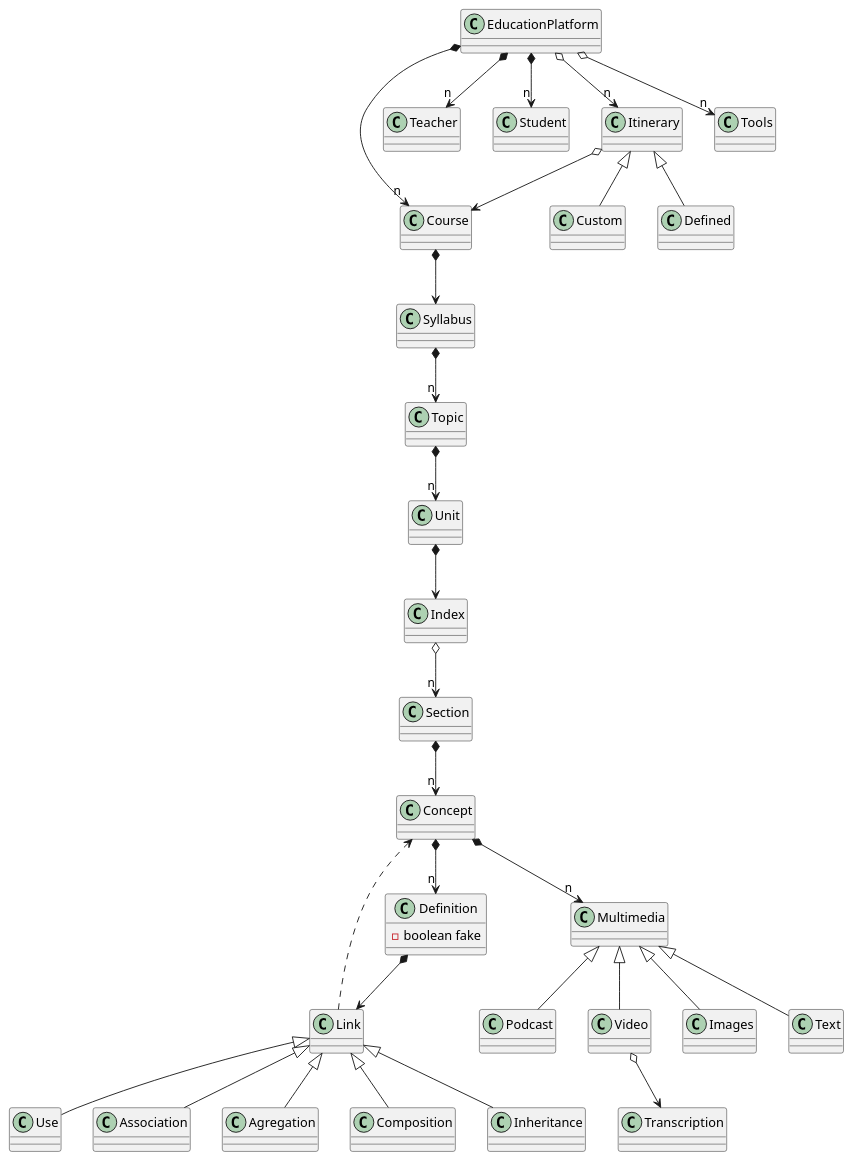
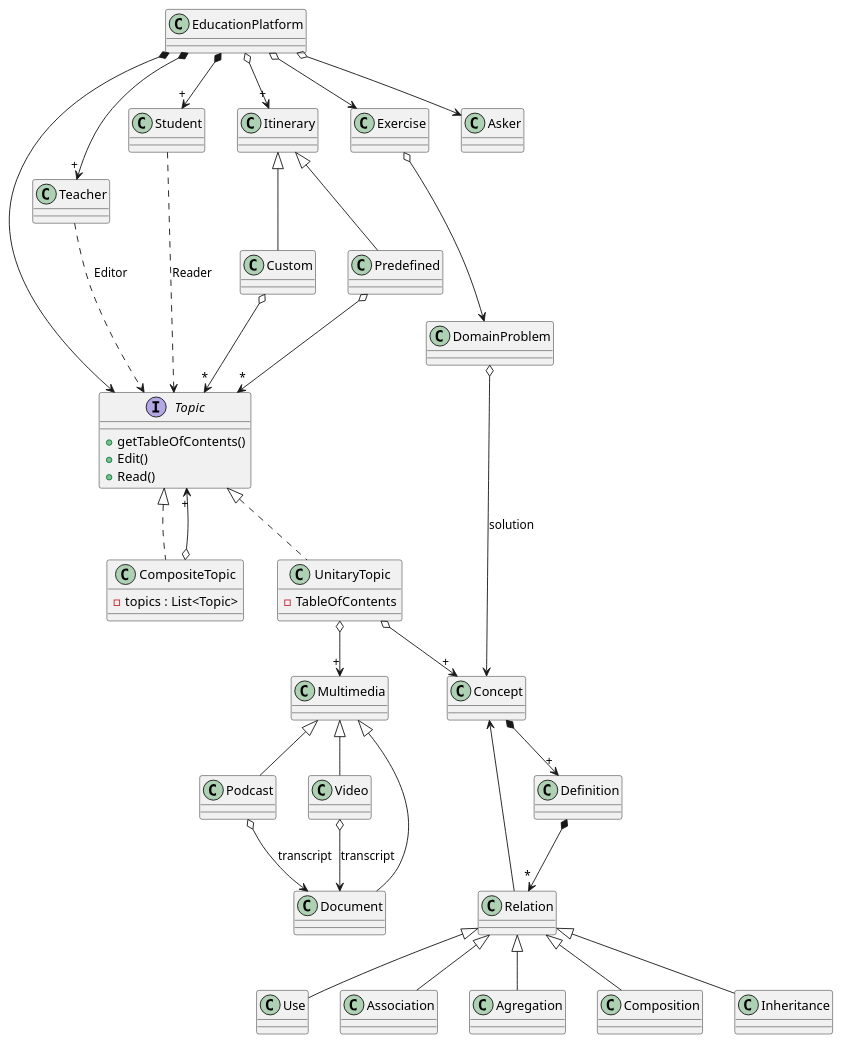
One commit to jumpering/lab-turing changed the diagram in src/Diagram.puml. Above: the diagram before and after it, drawn with PlantUML. The commit also changed 6 other files, not shown here.

```diff
--- a/src/Diagram.puml
+++ b/src/Diagram.puml
@@ -1,78 +1,66 @@
 @startuml EducationPlatform
-class EducationPlatform
-class Syllabus
-class Index
-class Course
-'class Class
-class Section
-class Topic
-class Unit
-'class Documentation
-class Multimedia
-class Podcast
-class Transcription
-'class Block
-'class Exercice
-'class Domain
-'class Category
-'class Version
-class Link
-class Definition{
-    -boolean fake
+interface Topic{
+    + getTableOfContents()
+    + Edit()
+    + Read()
 }
-class Concept
-class Teacher
-class Student
 
 
-class Itinerary 
-class Custom
-class Defined
+class UnitaryTopic{
+    - TableOfContents
 
-EducationPlatform *--> "n" Teacher
-EducationPlatform *--> "n" Student
-EducationPlatform *--> "n" Course
-EducationPlatform o--> "n" Itinerary
-EducationPlatform o--> "n" Tools
+}
+
+class CompositeTopic{
+    - topics : List<Topic> 
+}
+
+EducationPlatform *--> "+" Teacher
+EducationPlatform *--> "+" Student
+EducationPlatform *--> Topic
+EducationPlatform o--> "+" Itinerary
+EducationPlatform o--> Exercise
+EducationPlatform o--> Asker
+
+Exercise o--> DomainProblem
+DomainProblem o--> Concept : solution
+
+Teacher ..> Topic : Editor
+Student ...> Topic : Reader
+
+Topic <|.. CompositeTopic
+Topic <|.. UnitaryTopic
+CompositeTopic o--> "+" Topic
+
+Itinerary <|-- Custom
+Itinerary <|-- Predefined
+
+Custom o--> "*" Topic
+Predefined o--> "*" Topic
 
 
-Itinerary o--> Course
+UnitaryTopic o--> "+" Concept
+UnitaryTopic o--> "+" Multimedia
+Concept *--> "+" Definition
+Definition *--> "*" Relation
+Relation <|-- Use
+Relation <|-- Association
+Relation <|-- Agregation
+Relation <|-- Composition
+Relation <|-- Inheritance
 
-Itinerary <|-- Custom
-Itinerary <|-- Defined
-
-Course *--> Syllabus
-Syllabus *--> "n" Topic
-Topic *--> "n" Unit
-Unit *--> Index
-Index o--> "n" Section
-
-Section *--> "n" Concept
-Concept *--> "n" Multimedia
-Concept *--> "n" Definition
-Definition *--> Link
-Link <|-- Use
-Link <|-- Association
-Link <|-- Agregation
-Link <|-- Composition
-Link <|-- Inheritance
-
-
-'Use ..> Concept
-'Association --> Concept
-'Agregation o--> Concept
-'Composition *--> Concept
-
-Link ..> Concept
+Relation --> Concept
 
 
 Multimedia <|-- Podcast
 Multimedia <|-- Video
-Video o--> Transcription
-Multimedia <|-- Images
-Multimedia <|-- Text
+
+Podcast o--> Document : transcript
+Video o--> Document : transcript
+
+Multimedia <|-- Document
 
 
 
 
 @enduml
```
